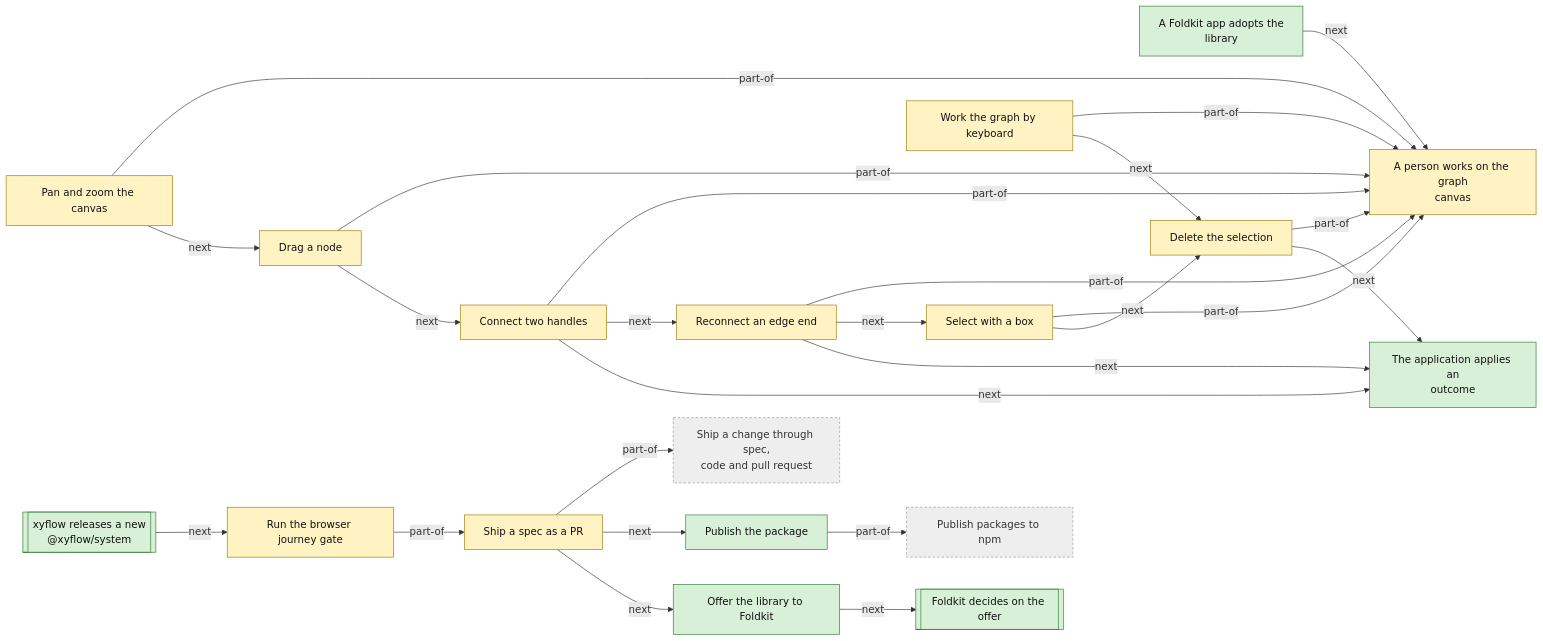
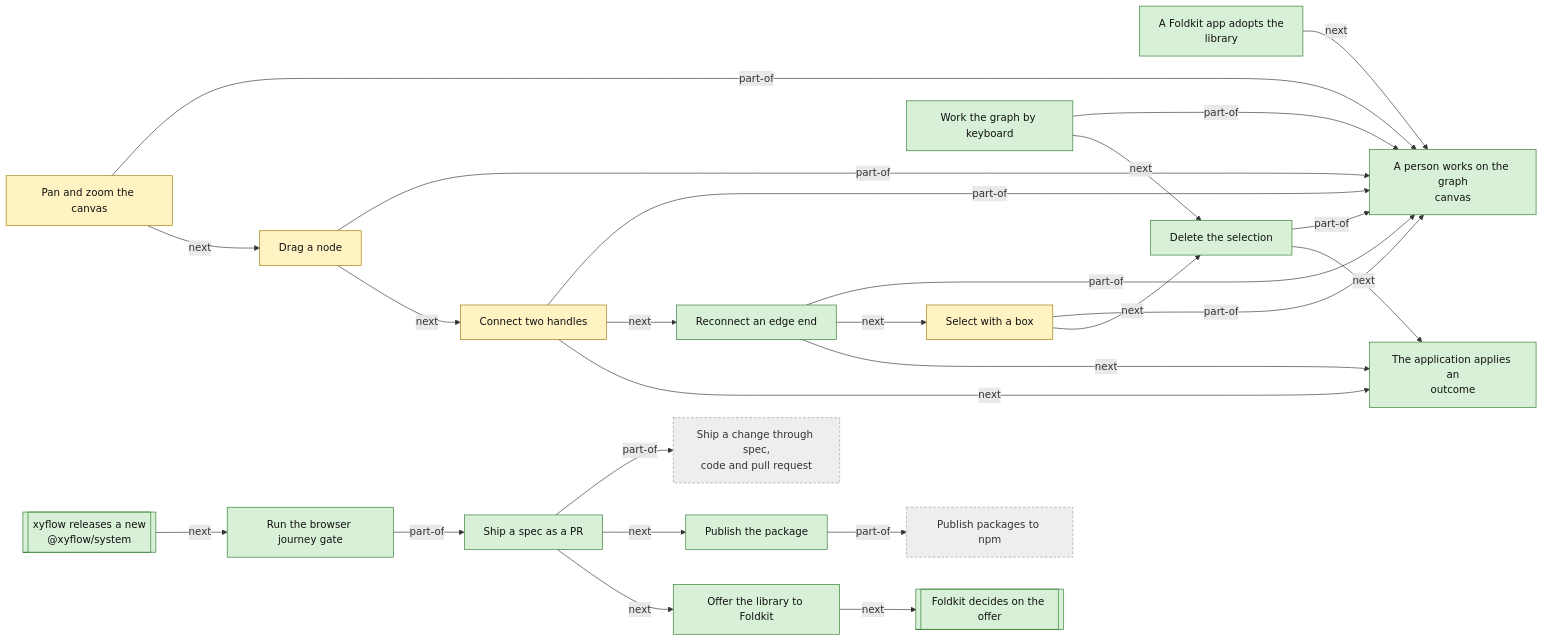
One commit to reebeat/.github changed the second of 2 diagrams in docs/products/foldkit-flow.md. Above: the diagram before and after it, drawn with Mermaid. The commit also changed other lines of this file and 43 other files, not shown here.

````diff
--- a/docs/products/foldkit-flow.md
+++ b/docs/products/foldkit-flow.md
@@ -176,49 +176,49 @@
 ```mermaid
 flowchart LR
     classDef decided fill:#d8f0d8,stroke:#2d7a2d,color:#111
     classDef proposed fill:#fff3c4,stroke:#a07800,color:#111
     classDef open fill:#f8d7d7,stroke:#a02020,color:#111
     classDef outside fill:#eee,stroke:#999,color:#333,stroke-dasharray:4 3
     process_flow_adopt_library["A Foldkit app adopts the<br/>library"]:::decided
-    process_flow_use_canvas["A person works on the graph<br/>canvas"]:::proposed
+    process_flow_use_canvas["A person works on the graph<br/>canvas"]:::decided
     process_flow_pan_zoom["Pan and zoom the canvas"]:::proposed
     process_flow_drag_node["Drag a node"]:::proposed
     process_flow_connect_handles["Connect two handles"]:::proposed
-    process_flow_reconnect_edge["Reconnect an edge end"]:::proposed
+    process_flow_reconnect_edge["Reconnect an edge end"]:::decided
     process_flow_box_select["Select with a box"]:::proposed
-    process_flow_keyboard_navigate["Work the graph by keyboard"]:::proposed
-    process_flow_delete_selection["Delete the selection"]:::proposed
+    process_flow_keyboard_navigate["Work the graph by keyboard"]:::decided
+    process_flow_delete_selection["Delete the selection"]:::decided
     process_flow_apply_outcome["The application applies an<br/>outcome"]:::decided
-    process_flow_run_journey_gate["Run the browser journey gate"]:::proposed
-    process_flow_ship_spec["Ship a spec as a PR"]:::proposed
+    process_flow_run_journey_gate["Run the browser journey gate"]:::decided
+    process_flow_ship_spec["Ship a spec as a PR"]:::decided
     process_flow_publish_package["Publish the package"]:::decided
     process_flow_offer_upstream["Offer the library to Foldkit"]:::decided
     extproc_flow_foldkit_decision[["Foldkit decides on the offer"]]:::decided
     extproc_flow_xyflow_release[["xyflow releases a new<br/>@xyflow/system"]]:::decided
     process_org_ship_change["Ship a change through spec,<br/>code and pull request"]:::outside
     process_org_publish_packages["Publish packages to npm"]:::outside
     process_flow_adopt_library -->|next| process_flow_use_canvas
     process_flow_pan_zoom -->|part-of| process_flow_use_canvas
     process_flow_pan_zoom -->|next| process_flow_drag_node
     process_flow_drag_node -->|part-of| process_flow_use_canvas
     process_flow_drag_node -->|next| process_flow_connect_handles
     process_flow_connect_handles -->|part-of| process_flow_use_canvas
     process_flow_connect_handles -->|next| process_flow_reconnect_edge
     process_flow_connect_handles -->|next| process_flow_apply_outcome
     process_flow_reconnect_edge -->|part-of| process_flow_use_canvas
     process_flow_reconnect_edge -->|next| process_flow_box_select
     process_flow_reconnect_edge -->|next| process_flow_apply_outcome
     process_flow_box_select -->|part-of| process_flow_use_canvas
     process_flow_box_select -->|next| process_flow_delete_selection
     process_flow_keyboard_navigate -->|part-of| process_flow_use_canvas
     process_flow_keyboard_navigate -->|next| process_flow_delete_selection
     process_flow_delete_selection -->|part-of| process_flow_use_canvas
     process_flow_delete_selection -->|next| process_flow_apply_outcome
     process_flow_run_journey_gate -->|part-of| process_flow_ship_spec
     process_flow_ship_spec -->|part-of| process_org_ship_change
     process_flow_ship_spec -->|next| process_flow_publish_package
     process_flow_ship_spec -->|next| process_flow_offer_upstream
     process_flow_publish_package -->|part-of| process_org_publish_packages
     process_flow_offer_upstream -->|next| extproc_flow_foldkit_decision
     extproc_flow_xyflow_release -->|next| process_flow_run_journey_gate
 ```
````
